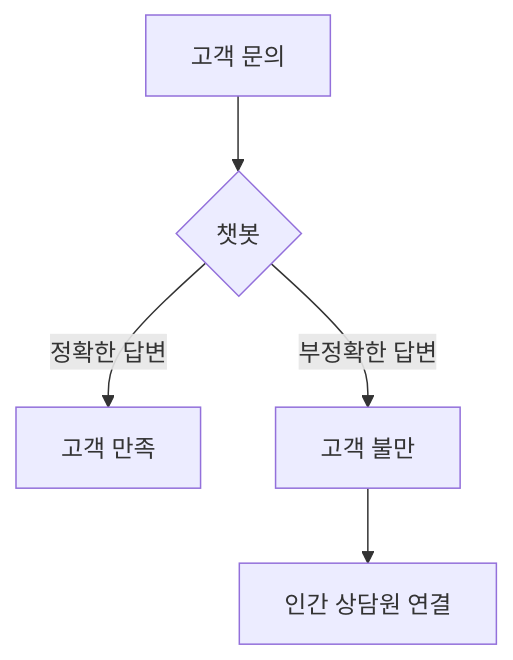
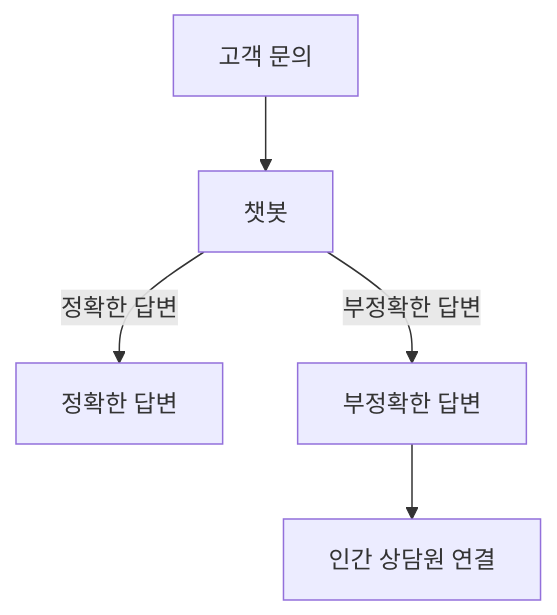
One commit to 42jerrykim/42jerrykim.github.io changed the seventh of 10 diagrams in content/post/2024/2024-08-27-gen-ai-architecture/index.md. Above: the diagram before and after it, drawn with Mermaid. The commit also changed other lines of this file and 239 other files, not shown here.

````diff
--- a/content/post/2024/2024-08-27-gen-ai-architecture/index.md
+++ b/content/post/2024/2024-08-27-gen-ai-architecture/index.md
@@ -391,7 +313,12 @@
 ```mermaid
 flowchart TD
-    A[고객 문의] --> B{챗봇}
-    B -->|정확한 답변| C[고객 만족]
-    B -->|부정확한 답변| D[고객 불만]
-    D --> E[인간 상담원 연결]
+    CustomerInquiry["고객 문의"]
+    Chatbot["챗봇"]
+    CorrectAnswer["정확한 답변"]
+    WrongAnswer["부정확한 답변"]
+    HumanAgent["인간 상담원 연결"]
+    CustomerInquiry --> Chatbot
+    Chatbot -->|"정확한 답변"| CorrectAnswer
+    Chatbot -->|"부정확한 답변"| WrongAnswer
+    WrongAnswer --> HumanAgent
 ```
````
